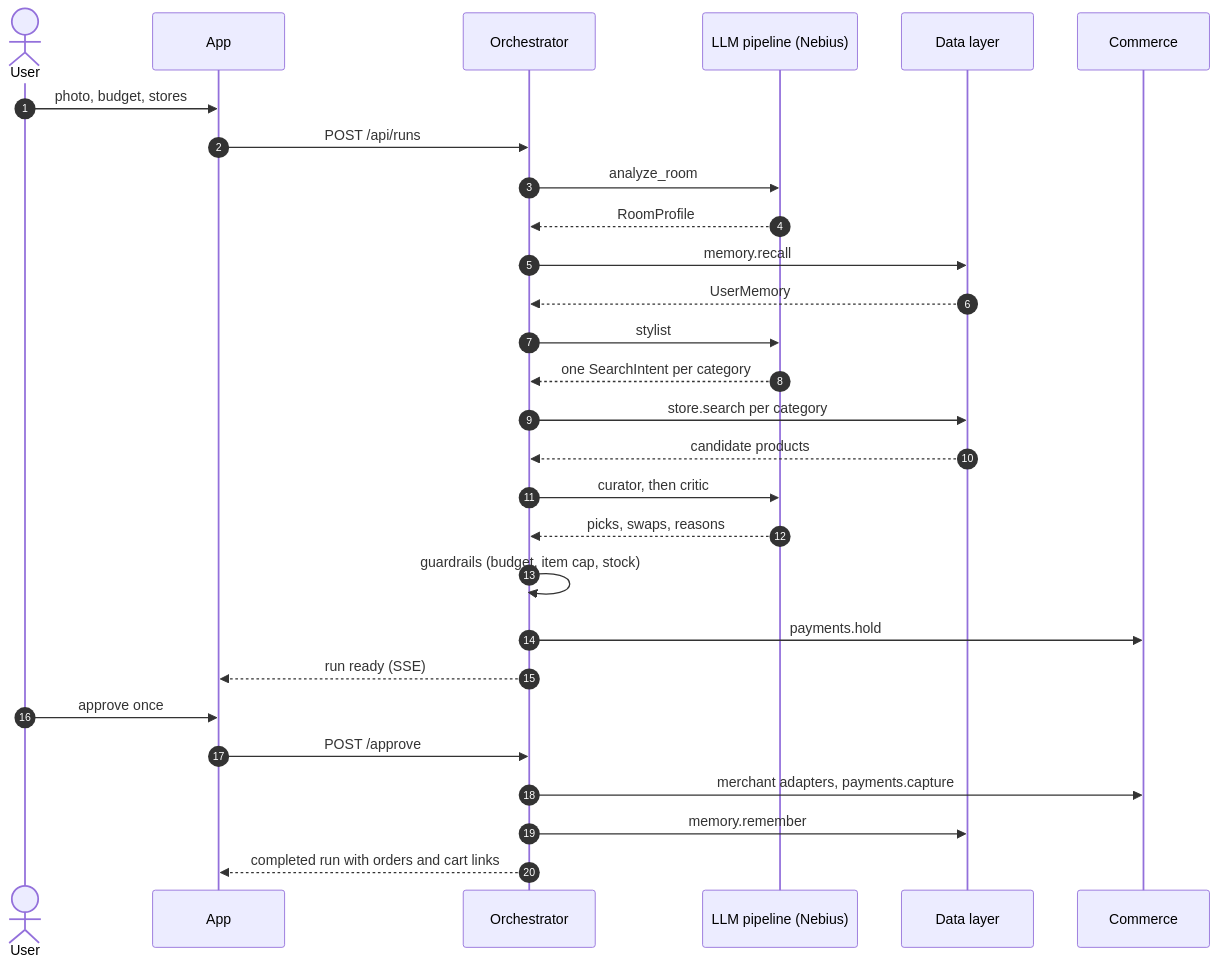
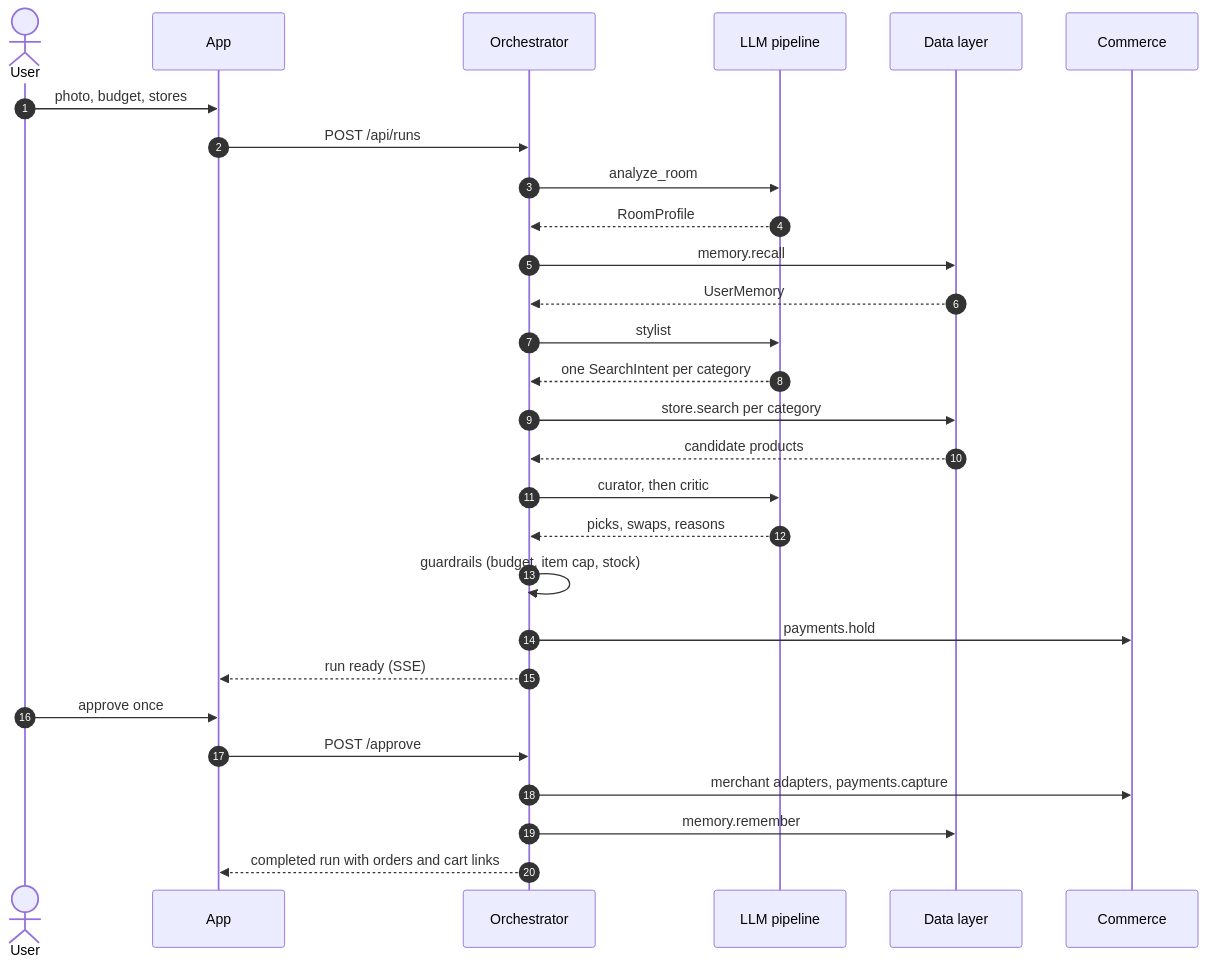
Before and after one commit to rohith-200/Hively: the second of 3 diagrams in README.md, drawn with Mermaid. The commit also changed other lines of this file and 1 other file, not shown here.

First line of the commit message:
README: sponsor diagram and model hosts; catalog: images for placeholder rows

````diff
--- a/README.md
+++ b/README.md
@@ -94,31 +96,31 @@
 ```mermaid
 sequenceDiagram
     autonumber
     actor User
     participant App
     participant Orch as Orchestrator
-    participant LLM as LLM pipeline (Nebius)
+    participant LLM as LLM pipeline
     participant Data as Data layer
     participant Com as Commerce
 
     User->>App: photo, budget, stores
     App->>Orch: POST /api/runs
     Orch->>LLM: analyze_room
     LLM-->>Orch: RoomProfile
     Orch->>Data: memory.recall
     Data-->>Orch: UserMemory
     Orch->>LLM: stylist
     LLM-->>Orch: one SearchIntent per category
     Orch->>Data: store.search per category
     Data-->>Orch: candidate products
     Orch->>LLM: curator, then critic
     LLM-->>Orch: picks, swaps, reasons
     Orch->>Orch: guardrails (budget, item cap, stock)
     Orch->>Com: payments.hold
     Orch-->>App: run ready (SSE)
     User->>App: approve once
     App->>Orch: POST /approve
     Orch->>Com: merchant adapters, payments.capture
     Orch->>Data: memory.remember
     Orch-->>App: completed run with orders and cart links
 ```
````
